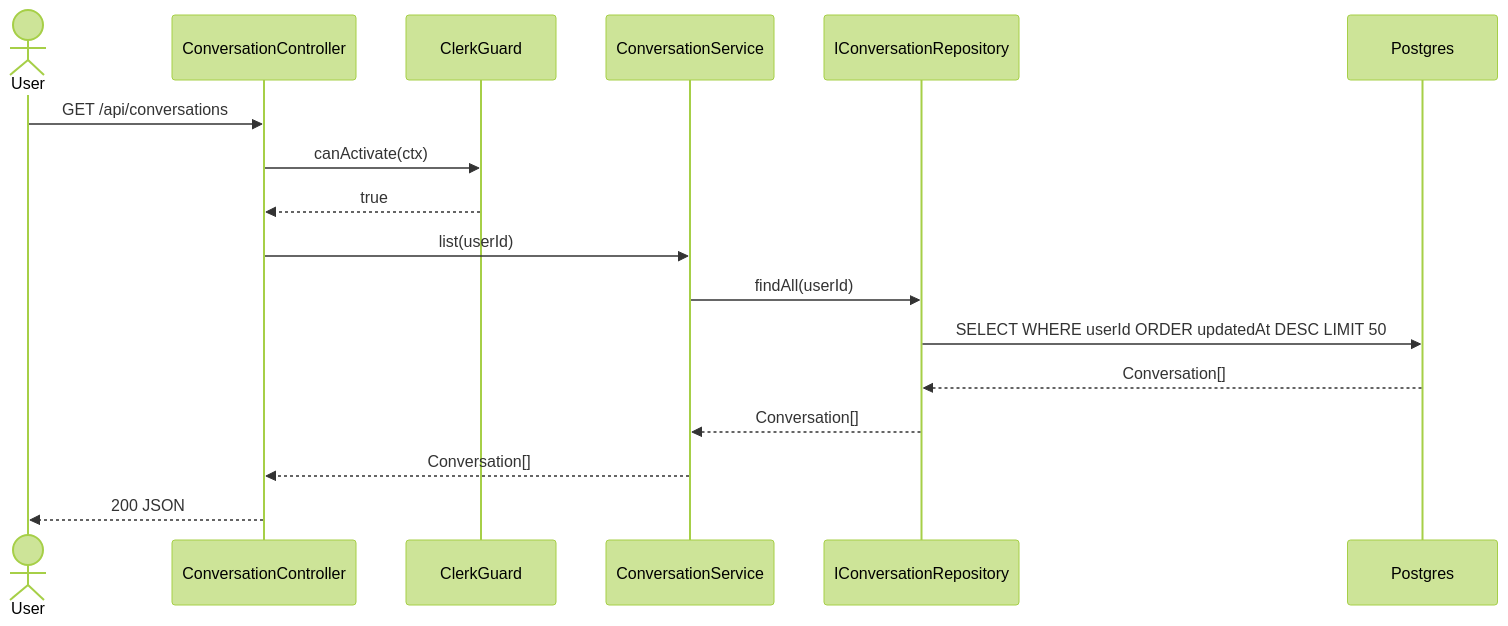
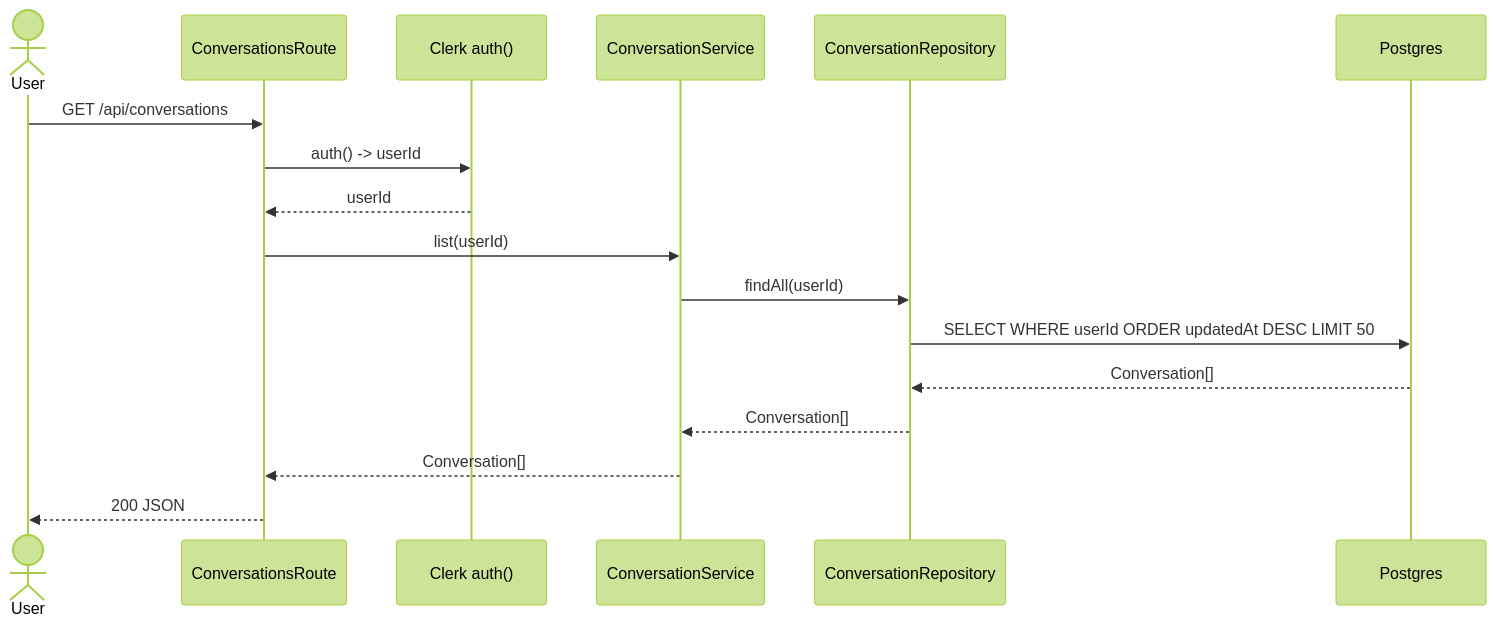
One commit to Glitch-guy0/chaiGPT changed the third of 6 diagrams in _bmad-output/planning-artifacts/03-sequence.md. Above: the diagram before and after it, drawn with Mermaid (forest theme). The commit also changed other lines of this file and 9 other files, not shown here.

````diff
--- a/_bmad-output/planning-artifacts/03-sequence.md
+++ b/_bmad-output/planning-artifacts/03-sequence.md
@@ -79,20 +79,20 @@
 ```mermaid
 sequenceDiagram
     actor User
-    participant C as ConversationController
-    participant G as ClerkGuard
+    participant C as ConversationsRoute
+    participant AUTH as Clerk auth()
     participant S as ConversationService
-    participant CR as IConversationRepository
+    participant CR as ConversationRepository
     participant DB as Postgres
 
     User->>C: GET /api/conversations
-    C->>G: canActivate(ctx)
-    G-->>C: true
+    C->>AUTH: auth() -> userId
+    AUTH-->>C: userId
     C->>S: list(userId)
     S->>CR: findAll(userId)
     CR->>DB: SELECT WHERE userId ORDER updatedAt DESC LIMIT 50
     DB-->>CR: Conversation[]
     CR-->>S: Conversation[]
     S-->>C: Conversation[]
     C-->>User: 200 JSON
 ```
````
